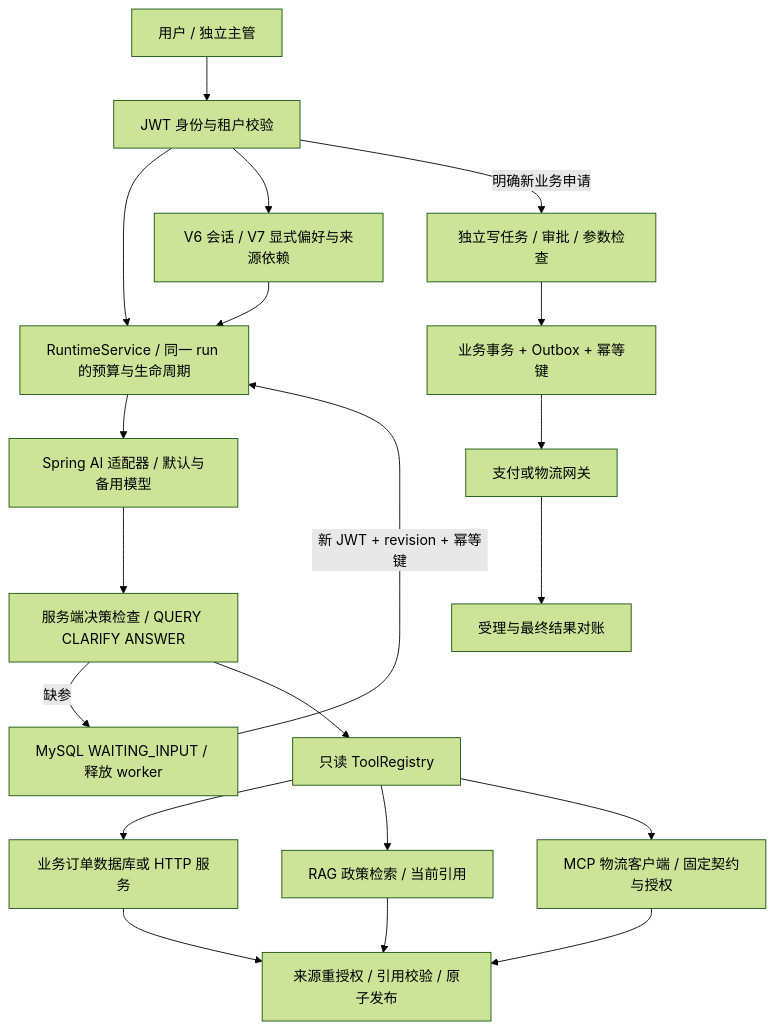
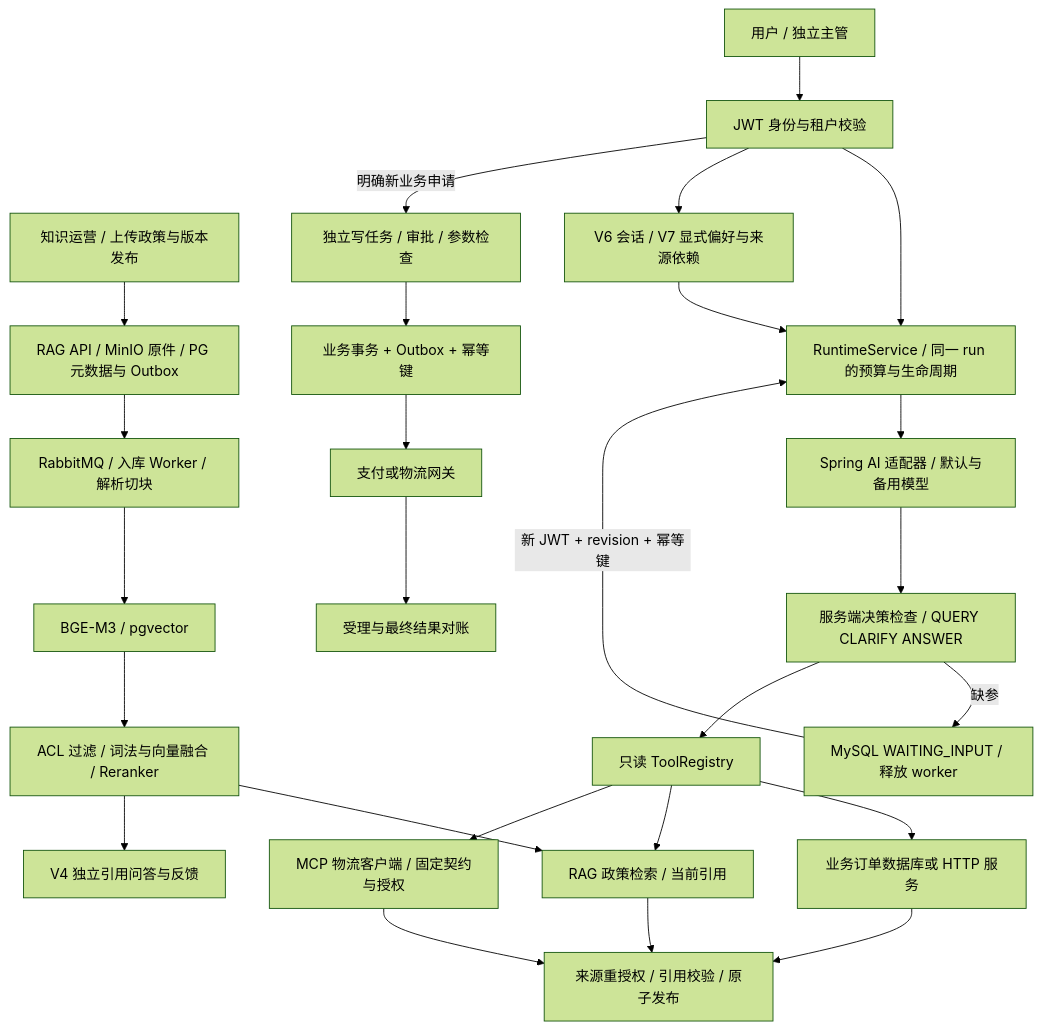
One commit to Zdanquxunhuan/agent-workflow-1 changed the diagram in agent-workflow-1/docs/agent/interview-v11.md. Above: the diagram before and after it, drawn with Mermaid (forest theme). The commit also changed other lines of this file and 7 other files, not shown here.

````diff
--- a/agent-workflow-1/docs/agent/interview-v11.md
+++ b/agent-workflow-1/docs/agent/interview-v11.md
@@ -17,22 +21,28 @@
 ```mermaid
 flowchart TD
+    OPS[知识运营 / 上传政策与版本发布] --> ING[RAG API / MinIO 原件 / PG 元数据与 Outbox]
+    ING --> MQ[RabbitMQ / 入库 Worker / 解析切块]
+    MQ --> EMB[BGE-M3 / pgvector]
+    EMB --> SEARCH[ACL 过滤 / 词法与向量融合 / Reranker]
+    SEARCH --> K
+    SEARCH --> QA[V4 独立引用问答与反馈]
     U[用户 / 独立主管] --> API[JWT 身份与租户校验]
     API --> R[RuntimeService / 同一 run 的预算与生命周期]
     R --> P[Spring AI 适配器 / 默认与备用模型]
     P --> D[服务端决策检查 / QUERY CLARIFY ANSWER]
     D -->|缺参| W[MySQL WAITING_INPUT / 释放 worker]
     W -->|新 JWT + revision + 幂等键| R
     D --> T[只读 ToolRegistry]
     T --> O[业务订单数据库或 HTTP 服务]
     T --> K[RAG 政策检索 / 当前引用]
     T --> M[MCP 物流客户端 / 固定契约与授权]
     O --> V[来源重授权 / 引用校验 / 原子发布]
     K --> V
     M --> V
     API --> C[V6 会话 / V7 显式偏好与来源依赖]
     C --> R
     API -->|明确新业务申请| B[独立写任务 / 审批 / 参数检查]
     B --> X[业务事务 + Outbox + 幂等键]
     X --> G[支付或物流网关]
     G --> S[受理与最终结果对账]
 ```
````
